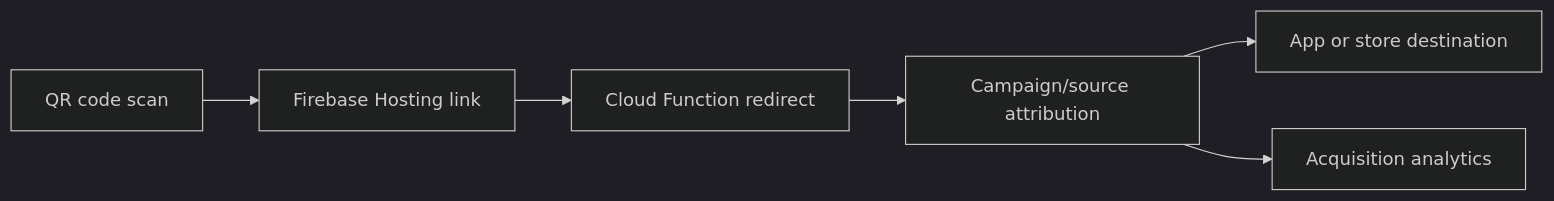
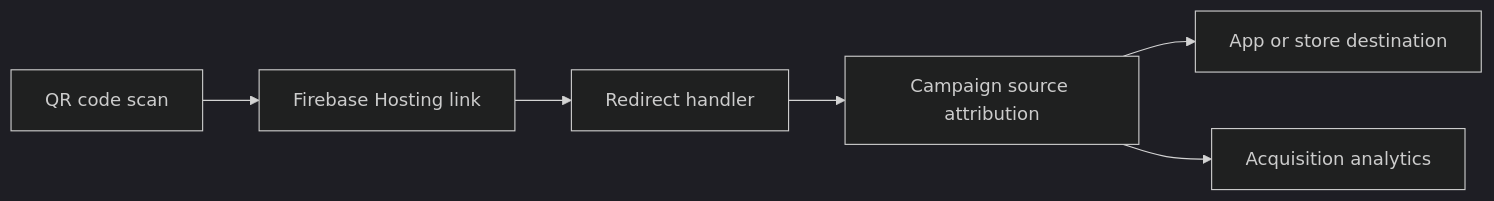
One commit to ammareerr201-alt/halaqi-case-study changed the diagram in diagrams/qr-attribution-flow.mmd. Above: the diagram before and after it, drawn with Mermaid (dark theme). The commit also changed other lines of this file and 18 other files, not shown here.

```diff
--- a/diagrams/qr-attribution-flow.mmd
+++ b/diagrams/qr-attribution-flow.mmd
@@ -1,6 +1,6 @@
 flowchart LR
-    QR["QR code scan"] --> Hosting["Firebase Hosting link"]
-    Hosting --> Redirect["Cloud Function redirect"]
-    Redirect --> Attribution["Campaign/source attribution"]
-    Attribution --> AppOpen["App or store destination"]
-    Attribution --> Analytics["Acquisition analytics"]
+  A["QR code scan"] --> B["Firebase Hosting link"]
+  B --> C["Redirect handler"]
+  C --> D["Campaign source attribution"]
+  D --> E["App or store destination"]
+  D --> F["Acquisition analytics"]
```
